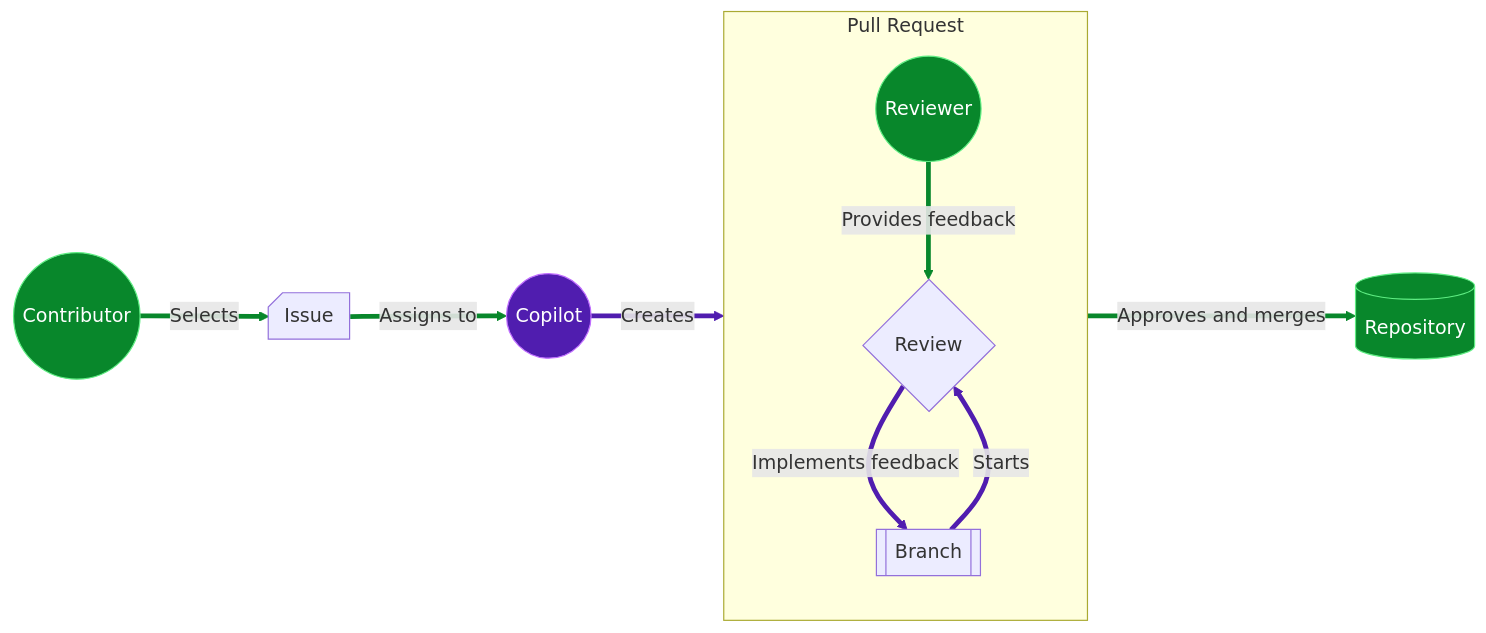
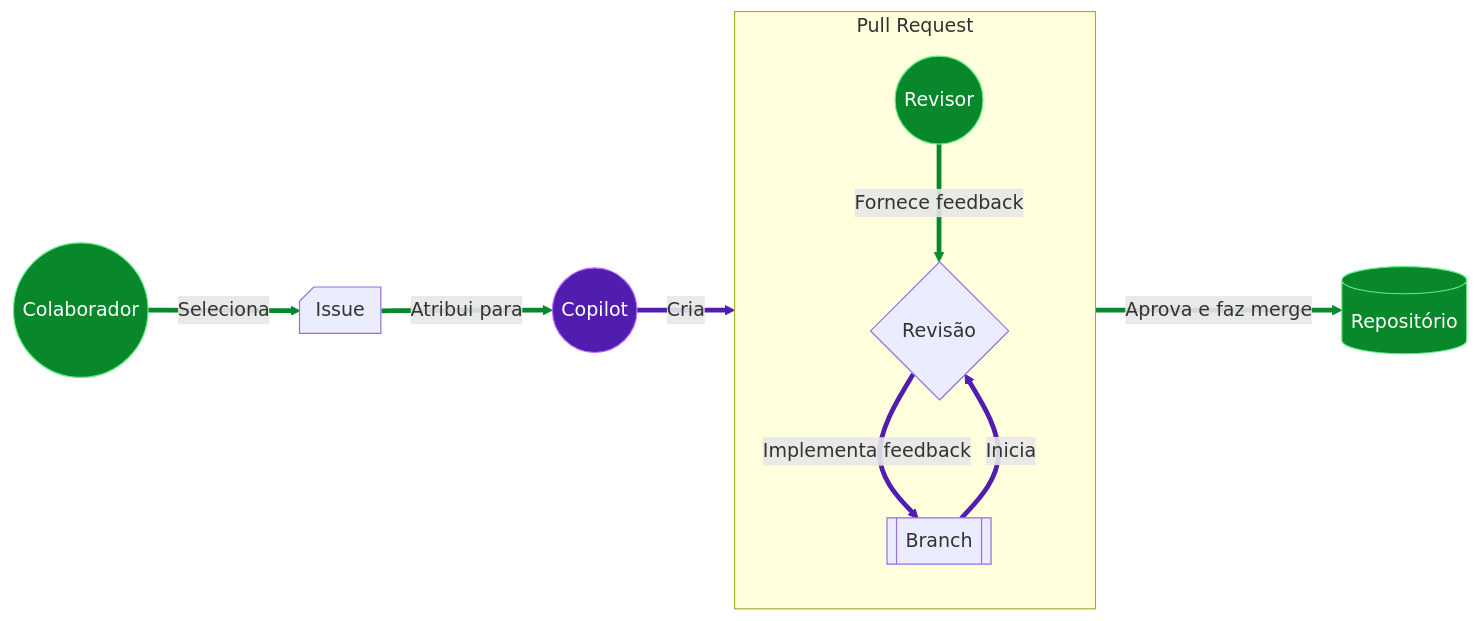
One commit to dev-pods/java-copilot-code-agent changed the diagram in .github/steps/1-assign.md. Above: the diagram before and after it, drawn with Mermaid. The commit also changed 12 other files, not shown here.

````diff
--- a/.github/steps/1-assign.md
+++ b/.github/steps/1-assign.md
@@ -38,52 +38,52 @@
 ```mermaid
 flowchart LR
 
-    contributor((Contributor))
+    contributor((Colaborador))
     copilot((Copilot))
-    reviewer((Reviewer))
+    reviewer((Revisor))
 
     issue@{ shape: notch-rect, label: "Issue" }
-    repo@{ shape: cyl, label: "Repository" }
+    repo@{ shape: cyl, label: "Repositório" }
     branch@{ shape: subproc, label: "Branch" }
-    review@{ shape: diamond, label: "Review" }
+    review@{ shape: diamond, label: "Revisão" }
 
 
     subgraph PR[Pull Request]
         direction TB
         branch
         review
         reviewer
     end
 
 
-    %% Assign
-    contributor gl1@-->|Selects| issue
-    issue gl2@-->|Assigns to| copilot
+    %% Atribuir
+    contributor gl1@-->|Seleciona| issue
+    issue gl2@-->|Atribui para| copilot
 
-    %% Work
-    copilot pl1@-->|Creates| branch
-    branch pl3@-->|Starts| review
+    %% Trabalhar
+    copilot pl1@-->|Cria| branch
+    branch pl3@-->|Inicia| review
 
-    %% Review
-    reviewer gl3@-->|Provides feedback| review
-    review pl4@--> |Implements feedback| branch
+    %% Revisar
+    reviewer gl3@-->|Fornece feedback| review
+    review pl4@--> |Implementa feedback| branch
 
-    %% Approved
-    review gl4@-->|Approves and merges| repo
+    %% Aprovado
+    review gl4@-->|Aprova e faz merge| repo
 
 
     classDef users fill:#08872B,stroke:#5FED83,color:#fff
     classDef repo fill:#08872B,stroke:#5FED83,color:#fff
     classDef agent fill:#501DAF,stroke:#C06EFF,color:#fff
     classDef pr fill:#0969DA,stroke:#0349B4,color:#fff
 
     classDef green-line stroke:#08872B, stroke-width:4px;
     classDef purple-line stroke:#501DAF, stroke-width:4px;
 
     class contributor,reviewer users
     class copilot agent
     class repo repo
 
     class gl1,gl2,gl3,gl4 green-line
     class pl1,pl2,pl3,pl4 purple-line
 ```
````
